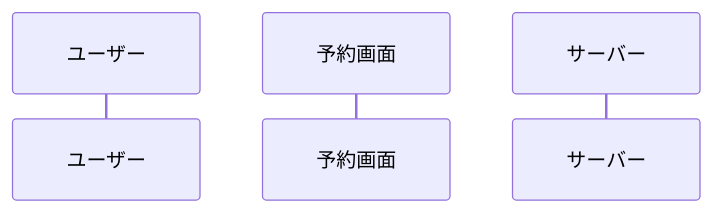
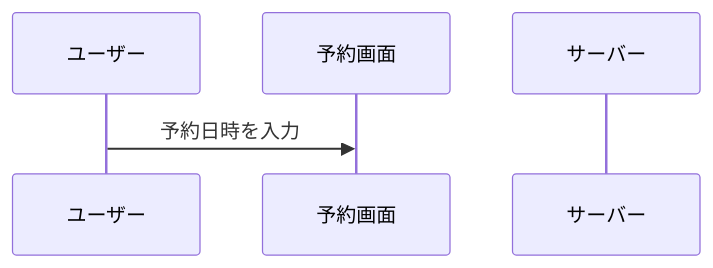
One commit to tpu-game-2022/mermaid_test changed the second of 2 diagrams in README.md. Above: the diagram before and after it, drawn with Mermaid.

````diff
--- a/README.md
+++ b/README.md
@@ -43,6 +43,8 @@
 ```mermaid
 sequenceDiagram
  participant ユーザー
  participant 予約画面
  participant サーバー
+ ユーザー->> 予約画面:予約日時を入力
+ 
 ```
````
